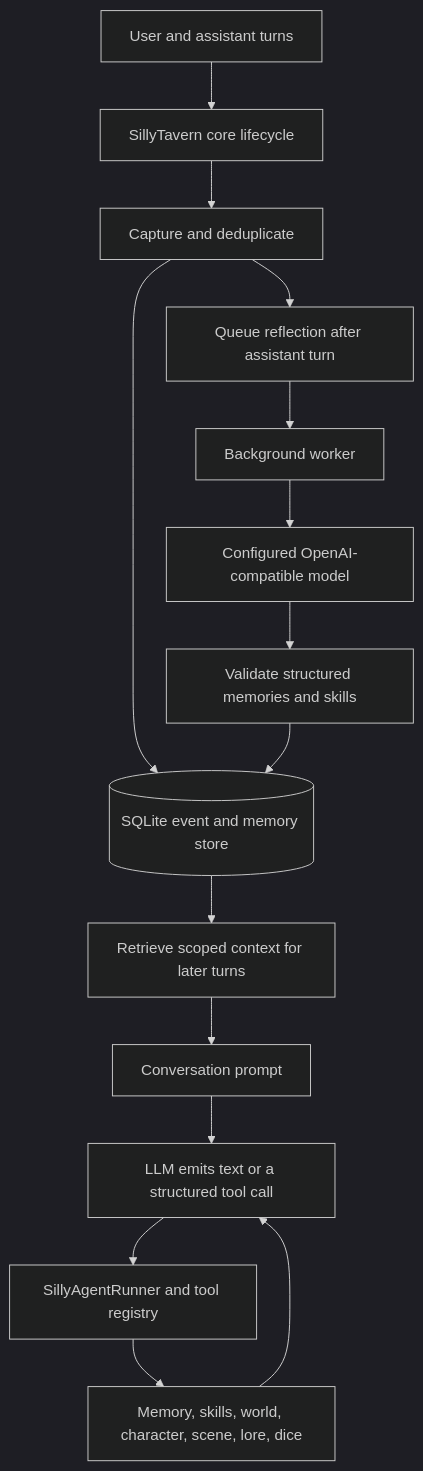
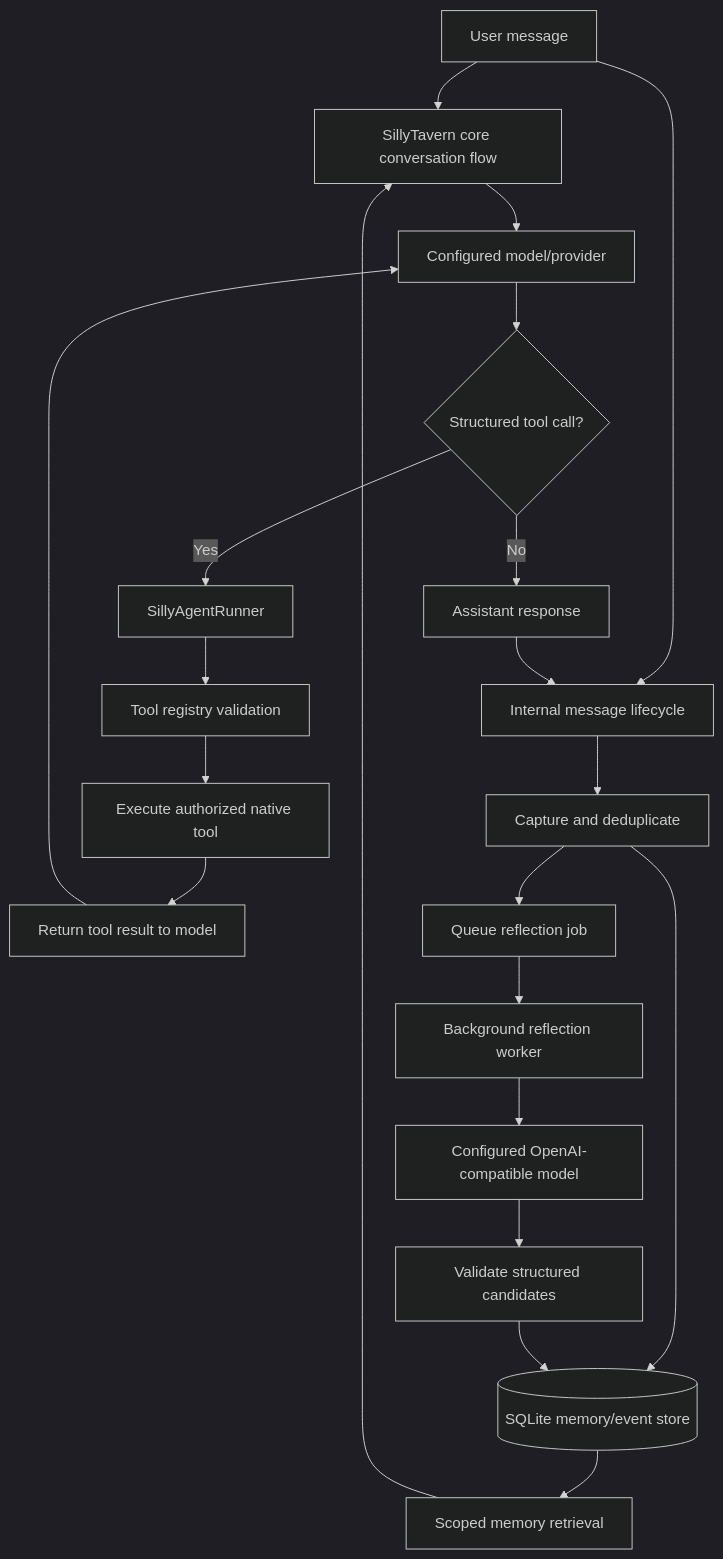
The diagram in README.md (Bulldogshot10/SillyAgent), drawn with Mermaid (dark theme) before and after one commit. The commit also changed other lines of this file, not shown here.

Commit message:
docs: make README reflect SillyAgent main branch

````diff
--- a/README.md
+++ b/README.md
@@ -22,17 +21,23 @@
 ```mermaid
 flowchart TD
-    MSG[User and assistant turns] --> EVT[SillyTavern core lifecycle]
-    EVT --> CAP[Capture and deduplicate]
-    CAP --> DB[(SQLite event and memory store)]
-    CAP --> Q[Queue reflection after assistant turn]
-    Q --> W[Background worker]
-    W --> LLM[Configured OpenAI-compatible model]
-    LLM --> CHECK[Validate structured memories and skills]
-    CHECK --> DB
-    DB --> RET[Retrieve scoped context for later turns]
-    RET --> PROMPT[Conversation prompt]
-    PROMPT --> MODEL[LLM emits text or a structured tool call]
-    MODEL --> RUN[SillyAgentRunner and tool registry]
-    RUN --> STATE[Memory, skills, world, character, scene, lore, dice]
-    STATE --> MODEL
+    U[User message] --> ST[SillyTavern core conversation flow]
+    ST --> LLM[Configured model/provider]
+    LLM --> DEC{Structured tool call?}
+    DEC -- No --> A[Assistant response]
+    DEC -- Yes --> RUN[SillyAgentRunner]
+    RUN --> REG[Tool registry validation]
+    REG --> TOOL[Execute authorized native tool]
+    TOOL --> RESULT[Return tool result to model]
+    RESULT --> LLM
+    U --> LIFE[Internal message lifecycle]
+    A --> LIFE
+    LIFE --> CAP[Capture and deduplicate]
+    CAP --> DB[(SQLite memory/event store)]
+    CAP --> Q[Queue reflection job]
+    Q --> WORKER[Background reflection worker]
+    WORKER --> PROVIDER[Configured OpenAI-compatible model]
+    PROVIDER --> VALID[Validate structured candidates]
+    VALID --> DB
+    DB --> RET[Scoped memory retrieval]
+    RET --> ST
 ```
````
